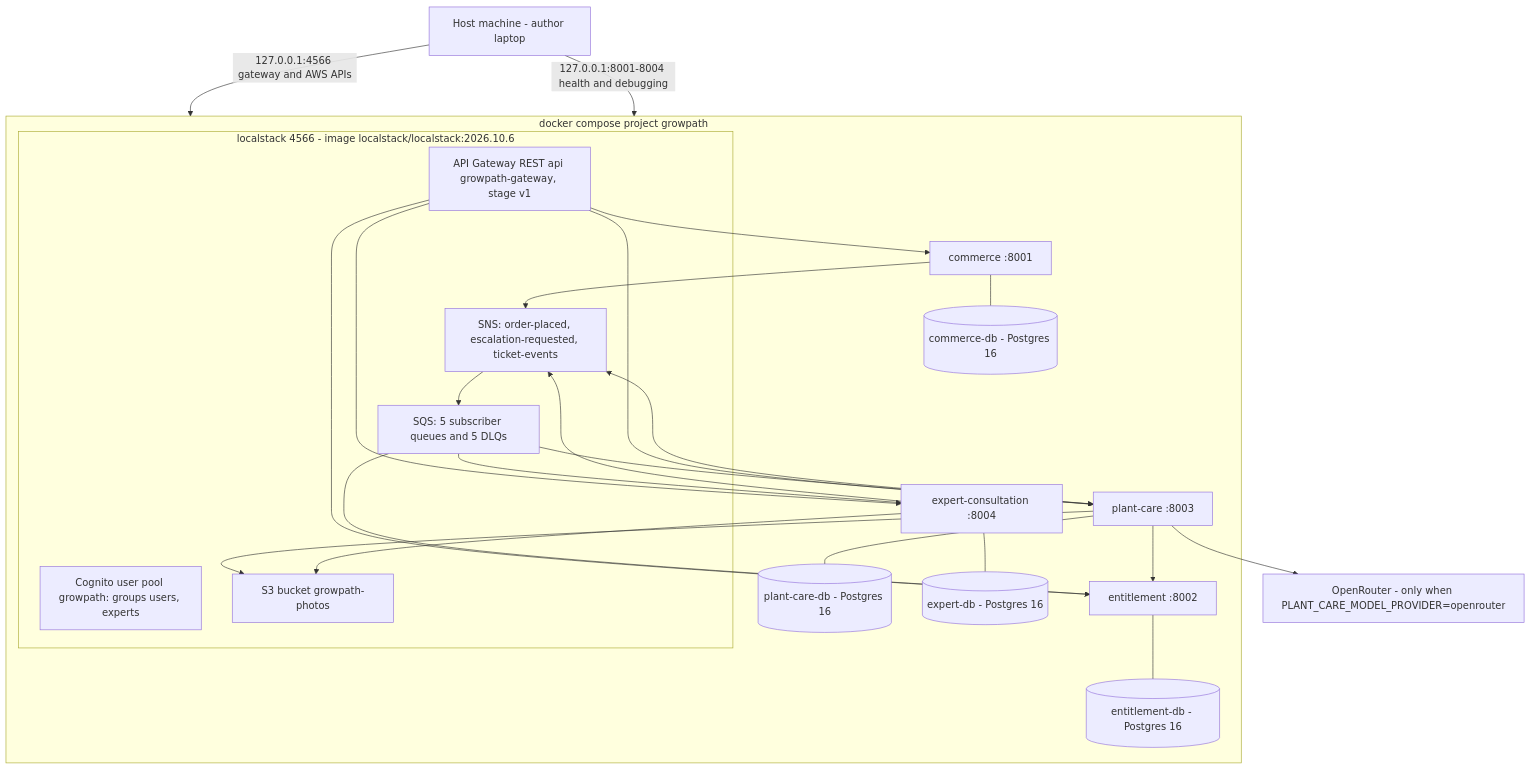
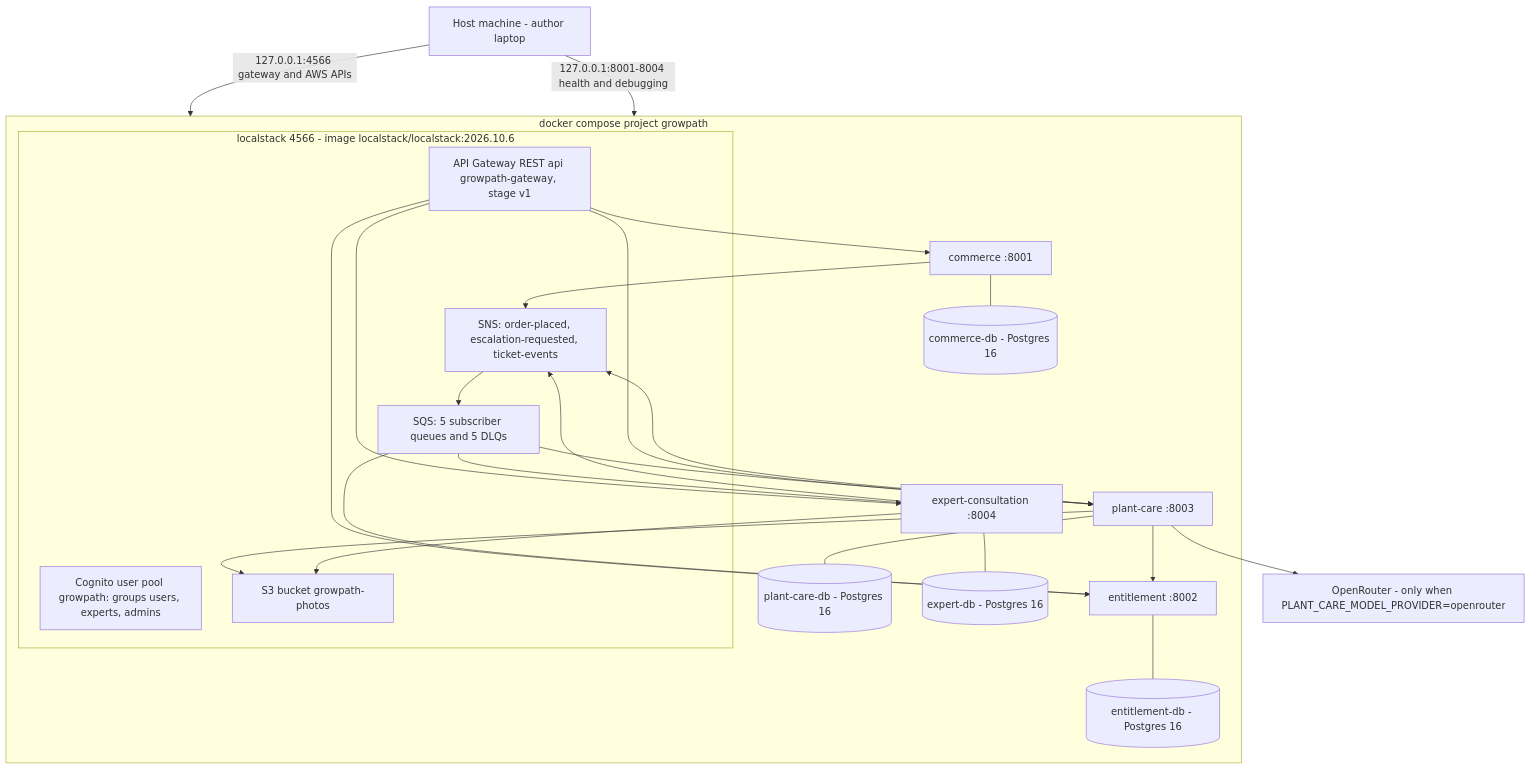
One commit to DaniilTsitavets/diploma-growpath-backend changed the second of 6 diagrams in docs/architecture.md. Above: the diagram before and after it, drawn with Mermaid. The commit also changed other lines of this file and 53 other files, not shown here.

````diff
--- a/docs/architecture.md
+++ b/docs/architecture.md
@@ -57,43 +57,43 @@
 ```mermaid
 flowchart TB
     host["Host machine - author laptop"]
     subgraph compose["docker compose project growpath"]
         subgraph ls["localstack 4566 - image localstack/localstack:2026.10.6"]
             apigw["API Gateway REST api growpath-gateway, stage v1"]
-            cognito["Cognito user pool growpath: groups users, experts"]
+            cognito["Cognito user pool growpath: groups users, experts, admins"]
             sns["SNS: order-placed, escalation-requested, ticket-events"]
             sqs["SQS: 5 subscriber queues and 5 DLQs"]
             s3["S3 bucket growpath-photos"]
         end
         commerce["commerce :8001"]
         entitlement["entitlement :8002"]
         plantcare["plant-care :8003"]
         expertc["expert-consultation :8004"]
         cdb[("commerce-db - Postgres 16")]
         edb[("entitlement-db - Postgres 16")]
         pdb[("plant-care-db - Postgres 16")]
         xdb[("expert-db - Postgres 16")]
     end
     model["OpenRouter - only when PLANT_CARE_MODEL_PROVIDER=openrouter"]
     host -->|"127.0.0.1:4566 gateway and AWS APIs"| ls
     host -->|"127.0.0.1:8001-8004 health and debugging"| compose
     apigw --> commerce
     apigw --> entitlement
     apigw --> plantcare
     apigw --> expertc
     commerce --- cdb
     entitlement --- edb
     plantcare --- pdb
     expertc --- xdb
     plantcare --> entitlement
     plantcare --> model
     commerce --> sns
     plantcare --> sns
     expertc --> sns
     sns --> sqs
     sqs --> entitlement
     sqs --> plantcare
     sqs --> expertc
     plantcare --> s3
     expertc --> s3
 ```
````
